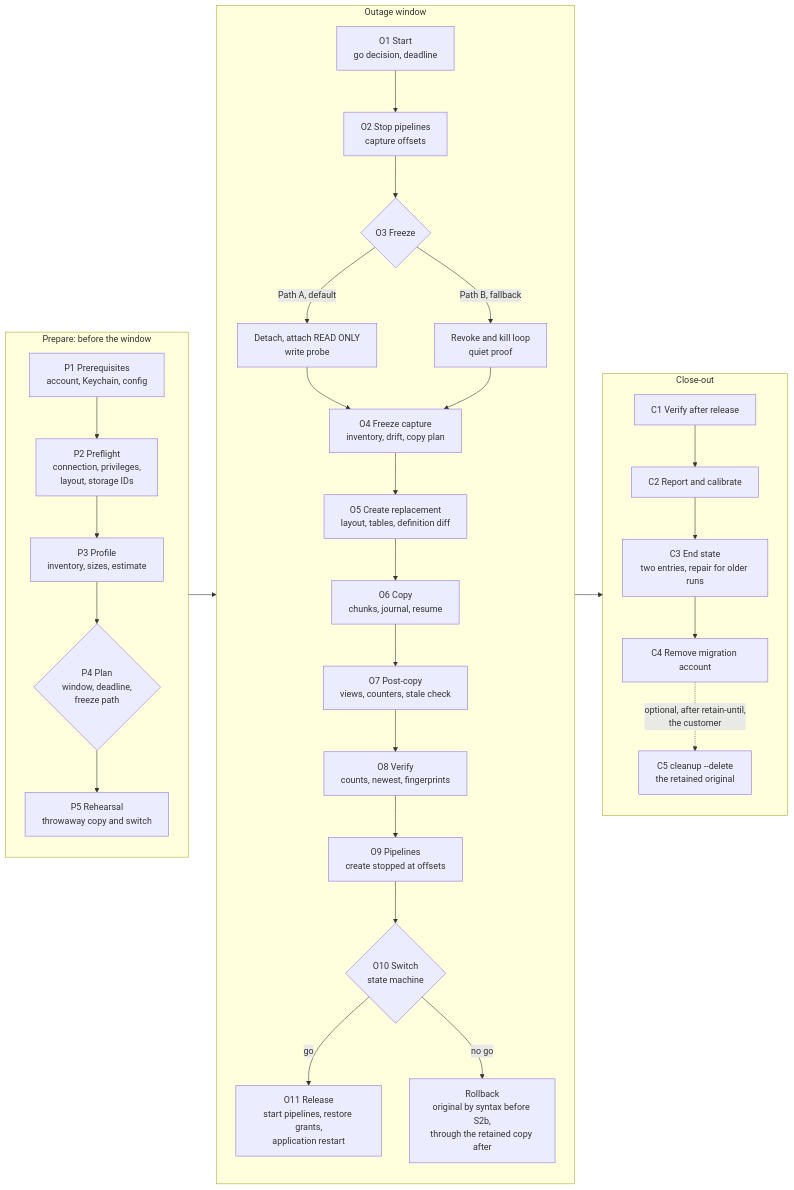
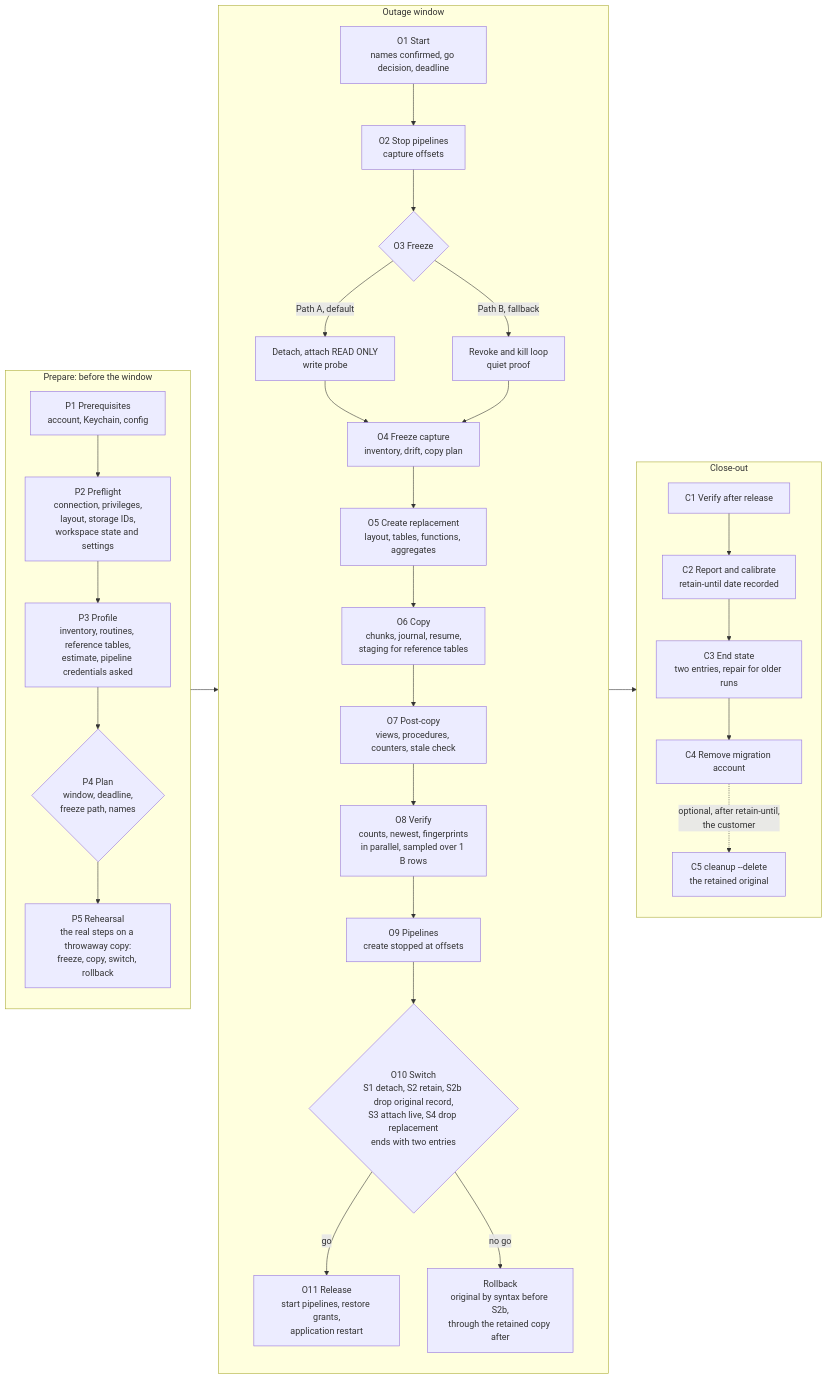
The diagram in docs/ARCHITECTURE.md (jmbergamini/singlestore_replicator), drawn with Mermaid before and after one commit. The commit also changed other lines of this file and 20 other files, not shown here.

First line of the commit message:
Review fixes: 16 confirmed findings from the release 1.0 review

````diff
--- a/docs/ARCHITECTURE.md
+++ b/docs/ARCHITECTURE.md
@@ -95,36 +95,36 @@
 ```mermaid
 flowchart LR
   subgraph P[Prepare: before the window]
     direction TB
-    P1[P1 Prerequisites<br/>account, Keychain, config] --> P2[P2 Preflight<br/>connection, privileges,<br/>layout, storage IDs]
-    P2 --> P3[P3 Profile<br/>inventory, sizes, estimate]
-    P3 --> P4{P4 Plan<br/>window, deadline,<br/>freeze path}
-    P4 --> P5[P5 Rehearsal<br/>throwaway copy and switch]
+    P1[P1 Prerequisites<br/>account, Keychain, config] --> P2[P2 Preflight<br/>connection, privileges,<br/>layout, storage IDs,<br/>workspace state and settings]
+    P2 --> P3[P3 Profile<br/>inventory, routines, reference tables,<br/>estimate, pipeline credentials asked]
+    P3 --> P4{P4 Plan<br/>window, deadline,<br/>freeze path, names}
+    P4 --> P5[P5 Rehearsal<br/>the real steps on a throwaway copy:<br/>freeze, copy, switch, rollback]
   end
   subgraph O[Outage window]
     direction TB
-    O1[O1 Start<br/>go decision, deadline] --> O2[O2 Stop pipelines<br/>capture offsets]
+    O1[O1 Start<br/>names confirmed, go decision, deadline] --> O2[O2 Stop pipelines<br/>capture offsets]
     O2 --> O3{O3 Freeze}
     O3 -->|Path A, default| O3A[Detach, attach READ ONLY<br/>write probe]
     O3 -->|Path B, fallback| O3B[Revoke and kill loop<br/>quiet proof]
     O3A --> O4[O4 Freeze capture<br/>inventory, drift, copy plan]
     O3B --> O4
-    O4 --> O5[O5 Create replacement<br/>layout, tables, definition diff]
-    O5 --> O6[O6 Copy<br/>chunks, journal, resume]
-    O6 --> O7[O7 Post-copy<br/>views, counters, stale check]
-    O7 --> O8[O8 Verify<br/>counts, newest, fingerprints]
+    O4 --> O5[O5 Create replacement<br/>layout, tables, functions, aggregates]
+    O5 --> O6[O6 Copy<br/>chunks, journal, resume,<br/>staging for reference tables]
+    O6 --> O7[O7 Post-copy<br/>views, procedures, counters, stale check]
+    O7 --> O8[O8 Verify<br/>counts, newest, fingerprints<br/>in parallel, sampled over 1 B rows]
     O8 --> O9[O9 Pipelines<br/>create stopped at offsets]
-    O9 --> O10{O10 Switch<br/>state machine}
+    O9 --> O10{O10 Switch<br/>S1 detach, S2 retain, S2b drop original record,<br/>S3 attach live, S4 drop replacement<br/>ends with two entries}
     O10 -->|go| O11[O11 Release<br/>start pipelines, restore grants,<br/>application restart]
     O10 -->|no go| RB[Rollback<br/>original by syntax before S2b,<br/>through the retained copy after]
   end
   subgraph C[Close-out]
     direction TB
-    C1[C1 Verify after release] --> C2[C2 Report and calibrate]
+    C1[C1 Verify after release] --> C2[C2 Report and calibrate<br/>retain-until date recorded]
     C2 --> C3[C3 End state<br/>two entries, repair for older runs]
     C3 --> C4[C4 Remove migration account]
     C4 -.->|optional, after retain-until,<br/>the customer| C5[C5 cleanup --delete<br/>the retained original]
   end
   P5 --> O1
   O11 --> C1
 ```
````
